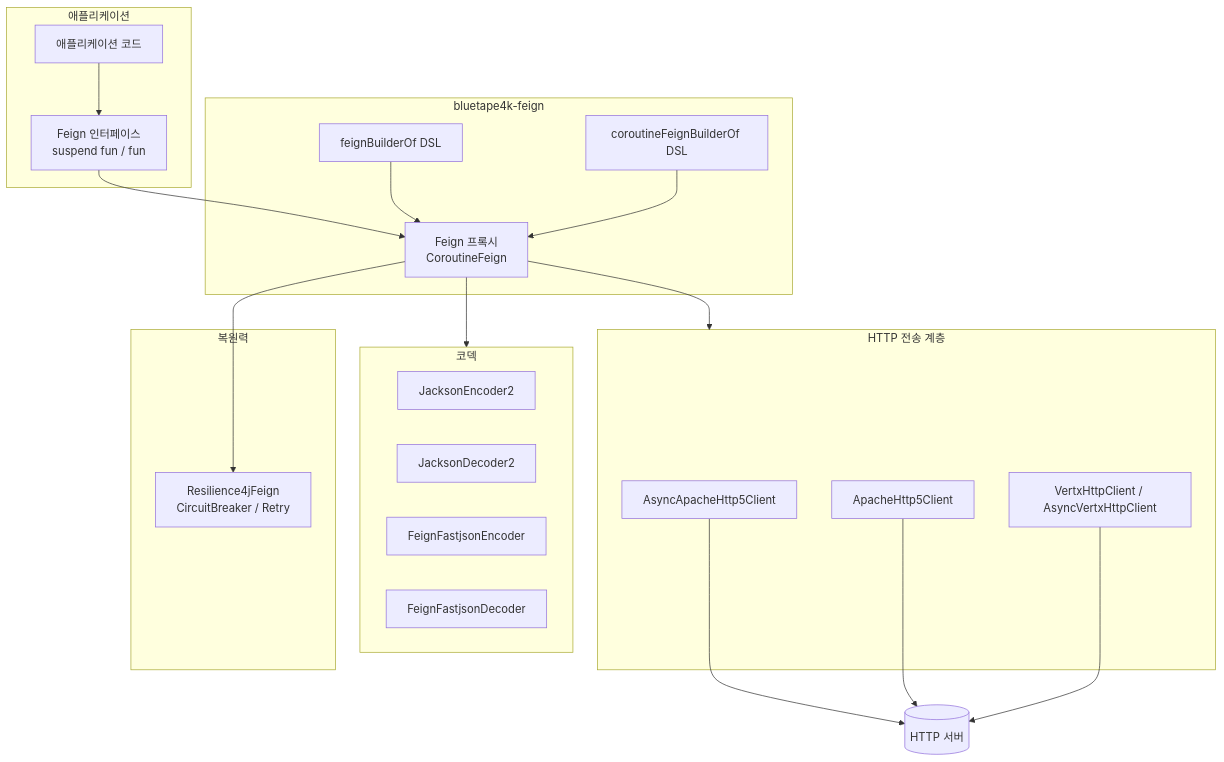
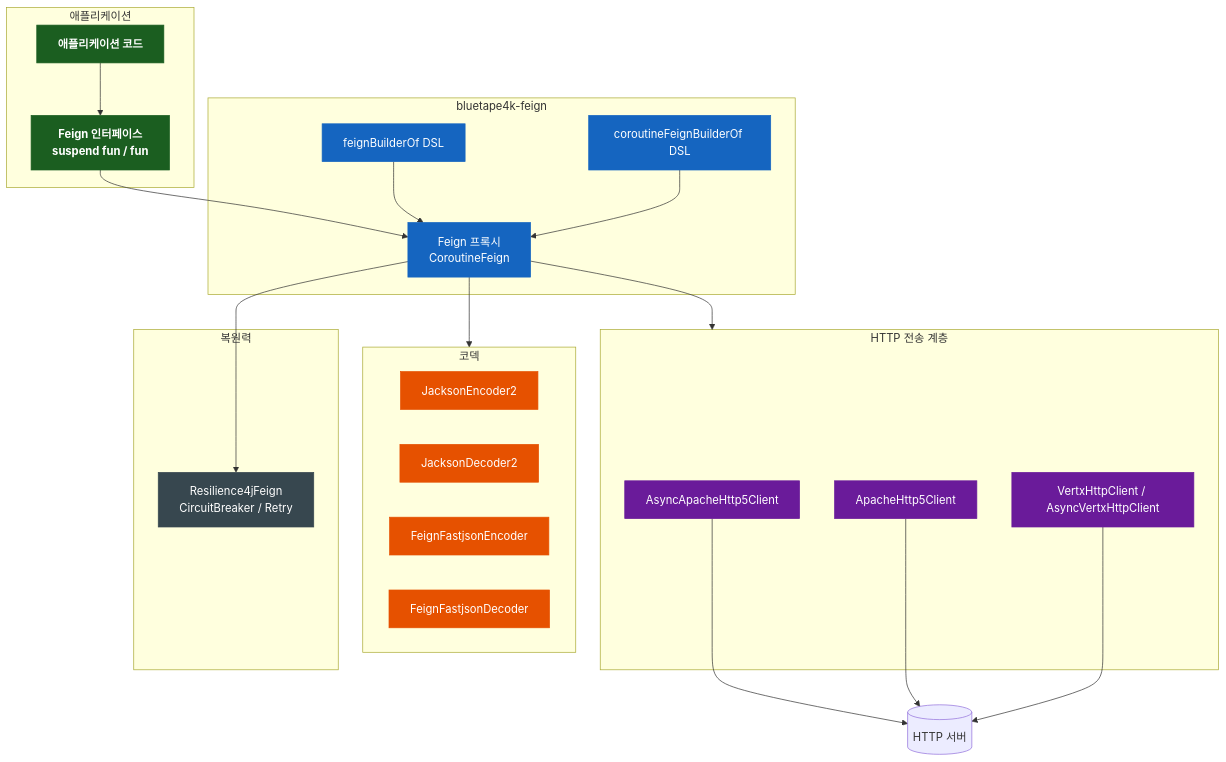
Before and after one commit to bluetape4k/bluetape4k-projects: the first of 4 diagrams in io/feign/README.ko.md, drawn with Mermaid. The commit also changed other lines of this file and 221 other files, not shown here.

First line of the commit message:
docs: 전체 모듈 README UML 다이어그램 보강 및 색상 업그레이드

````diff
--- a/io/feign/README.ko.md
+++ b/io/feign/README.ko.md
@@ -15,41 +15,53 @@
 ```mermaid
 flowchart TD
     subgraph Application["애플리케이션"]
         APP[애플리케이션 코드]
         API[Feign 인터페이스\nsuspend fun / fun]
     end
 
     subgraph bluetape4k-feign
         FB[feignBuilderOf DSL]
         CFB[coroutineFeignBuilderOf DSL]
         PROXY[Feign 프록시\nCoroutineFeign]
     end
 
     subgraph Transport["HTTP 전송 계층"]
         AHC5[AsyncApacheHttp5Client]
         HC5[ApacheHttp5Client]
         VTX[VertxHttpClient / AsyncVertxHttpClient]
     end
 
     subgraph Codec["코덱"]
         JE[JacksonEncoder2]
         JD[JacksonDecoder2]
         FE[FeignFastjsonEncoder]
         FD[FeignFastjsonDecoder]
     end
 
     subgraph Resilience["복원력"]
         R4J[Resilience4jFeign\nCircuitBreaker / Retry]
     end
 
     APP --> API
     API --> PROXY
     FB --> PROXY
     CFB --> PROXY
     PROXY --> Transport
     PROXY --> Codec
     PROXY --> R4J
     AHC5 --> SERVER[(HTTP 서버)]
     HC5 --> SERVER
     VTX --> SERVER
+
+    classDef coreStyle fill:#1B5E20,stroke:#1B5E20,color:#FFFFFF,font-weight:bold
+    classDef serviceStyle fill:#1565C0,stroke:#1565C0,color:#FFFFFF
+    classDef utilStyle fill:#E65100,stroke:#E65100,color:#FFFFFF
+    classDef asyncStyle fill:#6A1B9A,stroke:#6A1B9A,color:#FFFFFF
+    classDef extStyle fill:#37474F,stroke:#37474F,color:#FFFFFF
+
+    class APP,API coreStyle
+    class FB,CFB,PROXY serviceStyle
+    class AHC5,HC5,VTX asyncStyle
+    class JE,JD,FE,FD utilStyle
+    class R4J extStyle
 ```
````
